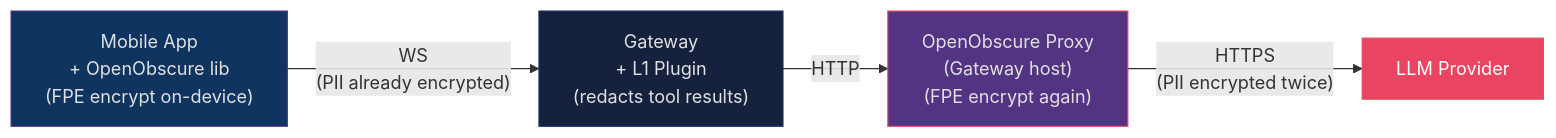
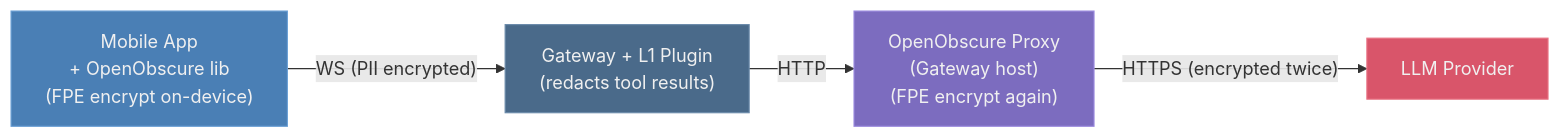
One commit to OpenObscure/OpenObscure changed the third of 15 diagrams in ARCHITECTURE.md. Above: the diagram before and after it, drawn with Mermaid. The commit also changed other lines of this file and 7 other files, not shown here.

First line of the commit message:
Improve diagrams, screenshot, and repo hygiene

````diff
--- a/ARCHITECTURE.md
+++ b/ARCHITECTURE.md
@@ -114,11 +114,11 @@
 ```mermaid
 flowchart LR
-    phone["Mobile App\n+ OpenObscure lib\n(FPE encrypt on-device)"] -- "WS\n(PII already encrypted)" --> gw["Gateway\n+ L1 Plugin\n(redacts tool results)"]
-    gw -- "HTTP" --> proxy["OpenObscure Proxy\n(Gateway host)\n(FPE encrypt again)"]
-    proxy -- "HTTPS\n(PII encrypted twice)" --> llm["LLM Provider"]
+    phone["Mobile App<br>+ OpenObscure lib<br>(FPE encrypt on-device)"] -- "WS (PII encrypted)" --> gw["Gateway + L1 Plugin<br>(redacts tool results)"]
+    gw -- "HTTP" --> proxy["OpenObscure Proxy<br>(Gateway host)<br>(FPE encrypt again)"]
+    proxy -- "HTTPS (encrypted twice)" --> llm["LLM Provider"]
 
-    style phone fill:#0f3460,stroke:#533483,color:#e0e0e0
-    style gw fill:#16213e,stroke:#0f3460,color:#e0e0e0
-    style proxy fill:#533483,stroke:#e94560,color:#e0e0e0
-    style llm fill:#e94560,stroke:#e94560,color:#fff
+    style phone fill:#4a7fb5,stroke:#6a9fd5,color:#f0f0f0
+    style gw fill:#4a6a8a,stroke:#6a8aaa,color:#f0f0f0
+    style proxy fill:#7c6cbf,stroke:#9c8cdf,color:#f0f0f0
+    style llm fill:#d9556a,stroke:#e97585,color:#f0f0f0
 ```
````
